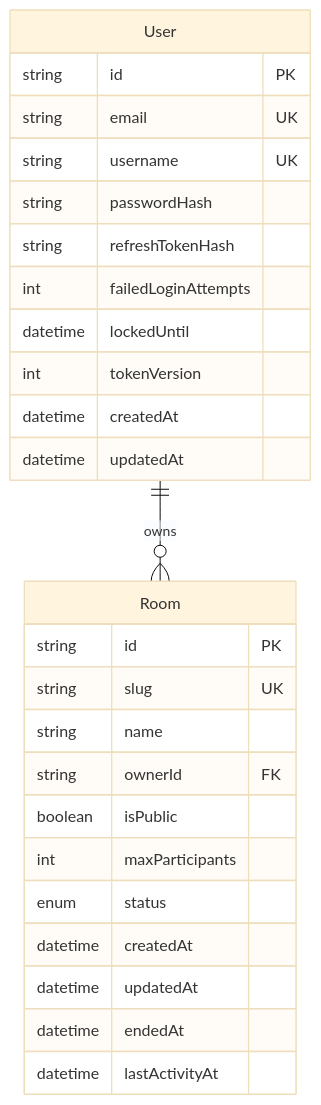
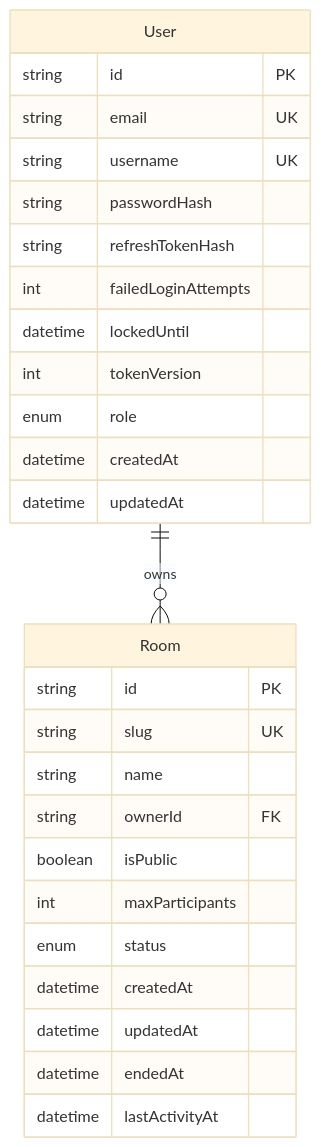
One commit to YuriFA/zvonOK changed the diagram in docs/architecture/domain-model.md. Above: the diagram before and after it, drawn with Mermaid (base theme). The commit also changed other lines of this file and 6 other files, not shown here.

First line of the commit message:
docs: simplify architecture diagrams and sync with codebase

````diff
--- a/docs/architecture/domain-model.md
+++ b/docs/architecture/domain-model.md
@@ -5,40 +5,41 @@
 ```mermaid
 erDiagram
     User ||--o{ Room : owns
 
     User {
         string id PK
         string email UK
         string username UK
         string passwordHash
         string refreshTokenHash
         int failedLoginAttempts
         datetime lockedUntil
         int tokenVersion
+        enum role
         datetime createdAt
         datetime updatedAt
     }
 
     Room {
         string id PK
         string slug UK
         string name
         string ownerId FK
         boolean isPublic
         int maxParticipants
         enum status
         datetime createdAt
         datetime updatedAt
         datetime endedAt
         datetime lastActivityAt
     }
 
     %% Message model to be added in Stage 9 (Chat)
     %% Message {
     %%     string id PK
     %%     string content
     %%     string userId FK
     %%     string roomId FK
     %%     datetime createdAt
     %% }
 ```
````
